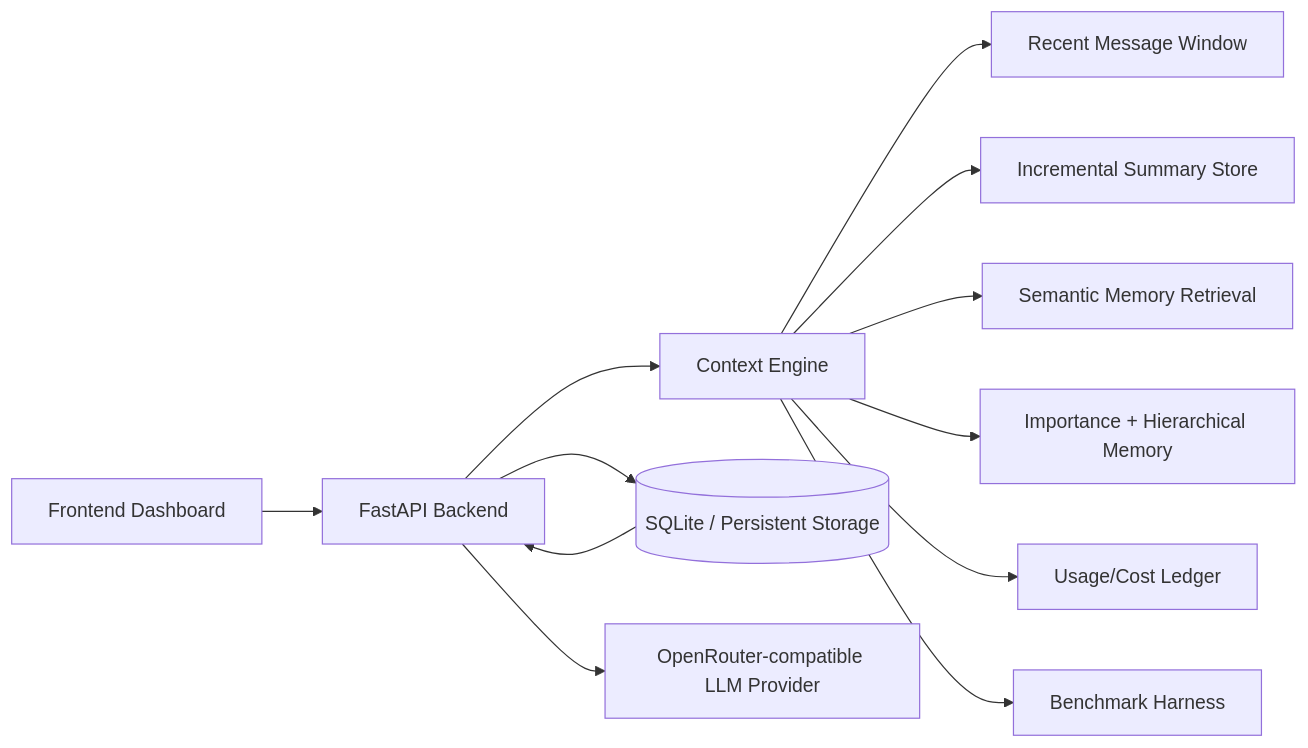
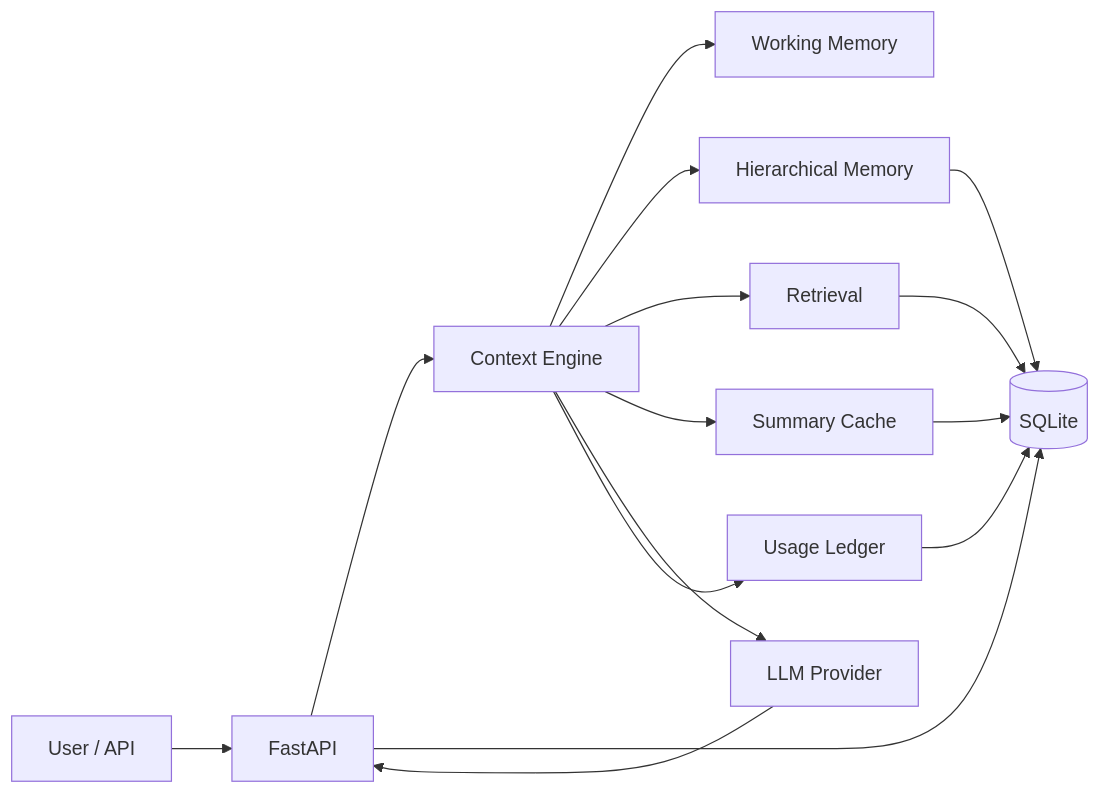
The diagram in Readme.md (samarth1412/LLM-Context-Optimization-Engine), drawn with Mermaid before and after one commit. The commit also changed other lines of this file and 4 other files, not shown here.

````diff
--- a/Readme.md
+++ b/Readme.md
@@ -82,17 +32,19 @@
 ```mermaid
 flowchart LR
-  UI[Frontend Dashboard] --> API[FastAPI Backend]
-  API --> CE[Context Engine]
+  U[User / API] --> A[FastAPI]
+  A --> C[Context Engine]
 
-  CE --> W[Recent Message Window]
-  CE --> S[Incremental Summary Store]
-  CE --> R[Semantic Memory Retrieval]
-  CE --> M[Importance + Hierarchical Memory]
-  CE --> U[Usage/Cost Ledger]
-  CE --> B[Benchmark Harness]
+  C --> W[Working Memory]
+  C --> M[Hierarchical Memory]
+  C --> R[Retrieval]
+  C --> S[Summary Cache]
 
-  API --> DB[(SQLite / Persistent Storage)]
-  DB --> API
-
-  API --> LLM[OpenRouter-compatible LLM Provider]
+  C --> L[LLM Provider]
+  L --> A
+  C --> G[Usage Ledger]
+  A --> D[(SQLite)]
+  M --> D
+  R --> D
+  S --> D
+  G --> D
 ```
````
